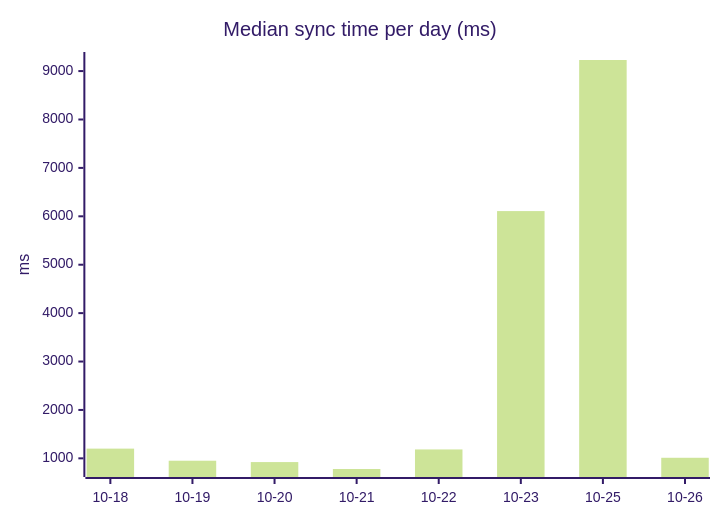
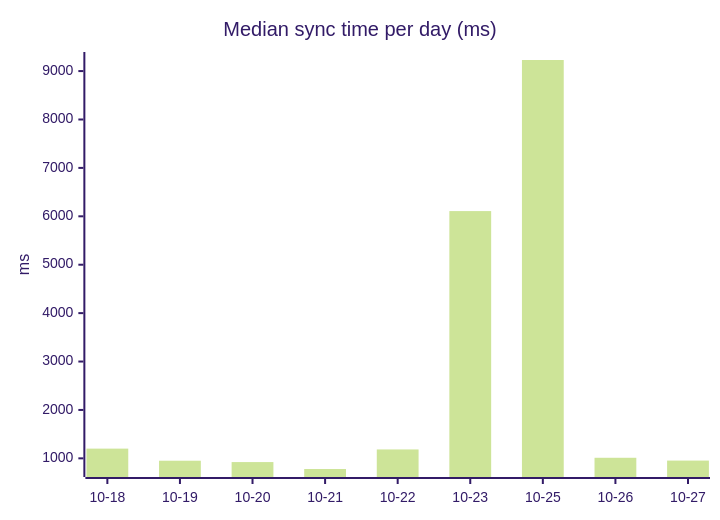
The first of 2 diagrams in README.md (fyodoriv/agentbrew), drawn with Mermaid (forest theme) before and after one commit. The commit also changed other lines of this file and 7 other files, not shown here.

````diff
--- a/README.md
+++ b/README.md
@@ -105,7 +105,7 @@
 ```mermaid
 xychart-beta
   title "Median sync time per day (ms)"
-  x-axis ["10-18", "10-19", "10-20", "10-21", "10-22", "10-23", "10-25", "10-26"]
+  x-axis ["10-18", "10-19", "10-20", "10-21", "10-22", "10-23", "10-25", "10-26", "10-27"]
   y-axis "ms"
-  bar [1201, 951, 923, 780, 1184, 6108, 9229, 1012]
+  bar [1201, 951, 923, 780, 1184, 6108, 9229, 1012, 954]
 ```
````
